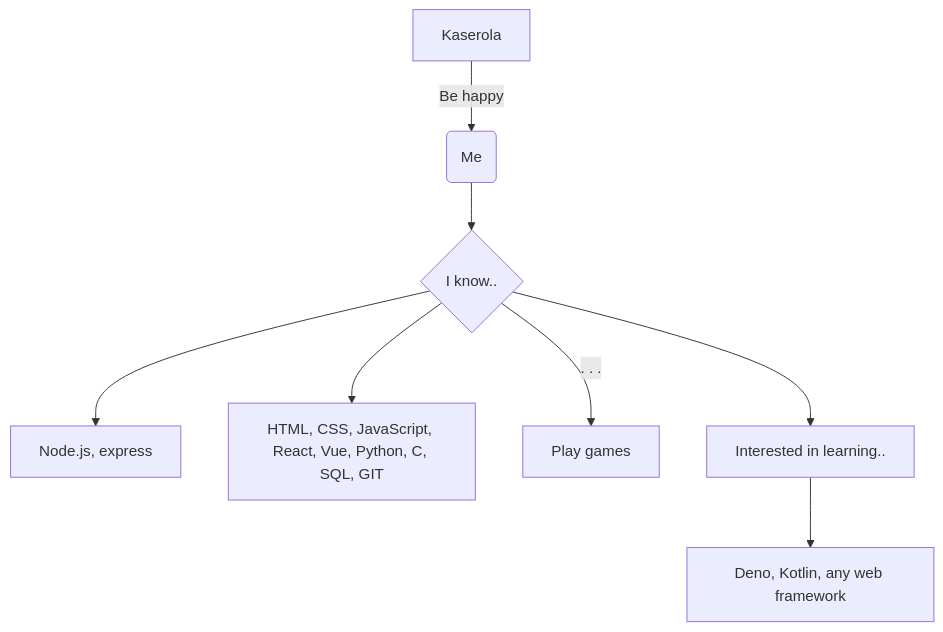
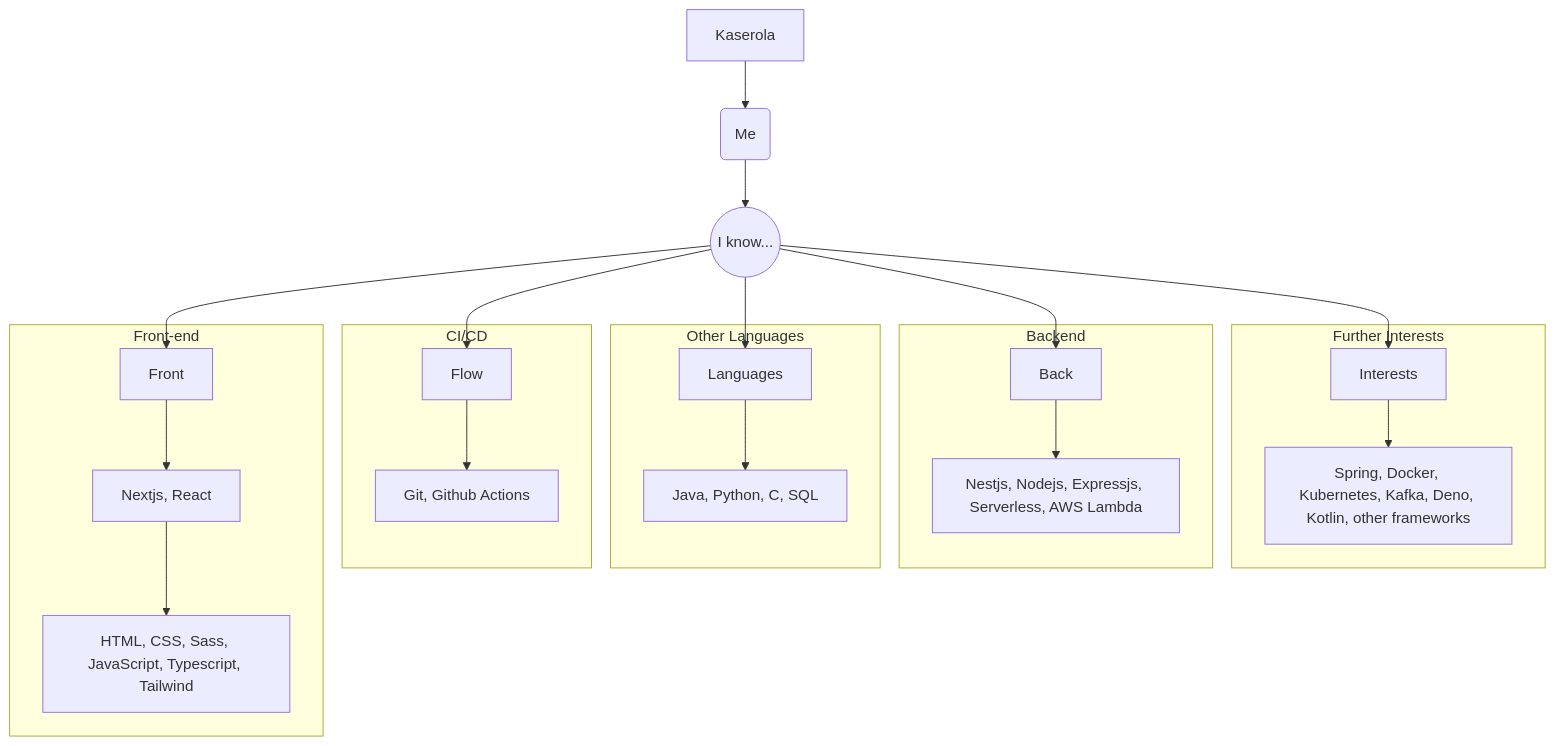
One commit to Kaserola4/Kaserola4 changed the diagram in README.md. Above: the diagram before and after it, drawn with Mermaid.

````diff
--- a/README.md
+++ b/README.md
@@ -3,10 +3,31 @@
 ```mermaid
 graph TD
-    A[Kaserola] -->|Be happy| B(Me)
-    B -->C{I know..}
-    C --> D[Node.js, express]
-    C --> E[HTML, CSS, JavaScript, React, Vue, Python, C, SQL, GIT]
-    C -->|. . .| F[Play games]
-    C --> G[Interested in learning..]
-    G --> H[Deno, Kotlin, any web framework]
+   A[Kaserola] --> B(Me)
+    B --> C((I know...))
+    C --> Back 
+    C --> Front
+    C --> Flow
+    C --> Languages
+    C --> Interests
+
+    subgraph "Further Interests"
+        Interests --> G[Spring, Docker, Kubernetes, Kafka, Deno, Kotlin, other frameworks]
+    end
+     
+    subgraph "Backend"
+        Back --> BTech[Nestjs, Nodejs, Expressjs, Serverless, AWS Lambda]
+    end
+
+    subgraph "Other Languages"
+        Languages --> L[Java, Python, C, SQL]
+    end
+
+    subgraph "CI/CD"
+        Flow --> J[Git, Github Actions]
+    
+    end 
+    subgraph "Front-end"
+        Front --> I[Nextjs, React]
+        I --> E[HTML, CSS, Sass, JavaScript, Typescript, Tailwind]
+    end
    ```
````
